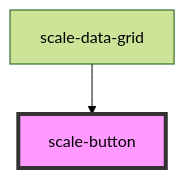
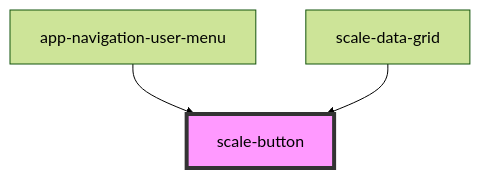
The diagram in packages/components/src/components/button/readme.md (telekom/scale), drawn with Mermaid (forest theme) before and after one commit. The commit also changed other lines of this file and 32 other files, not shown here.

Commit message:
feat(header): user menu

````diff
--- a/packages/components/src/components/button/readme.md
+++ b/packages/components/src/components/button/readme.md
@@ -44,5 +45,6 @@
 ```mermaid
 graph TD;
+  app-navigation-user-menu --> scale-button
   scale-data-grid --> scale-button
   style scale-button fill:#f9f,stroke:#333,stroke-width:4px
 ```
````
